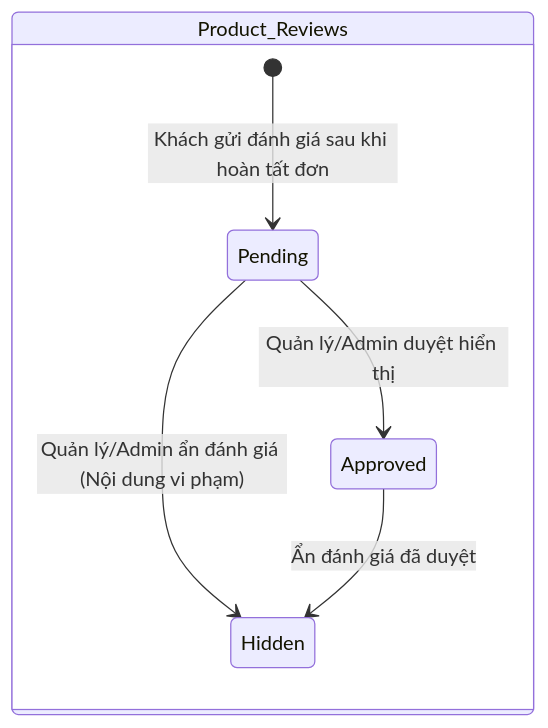
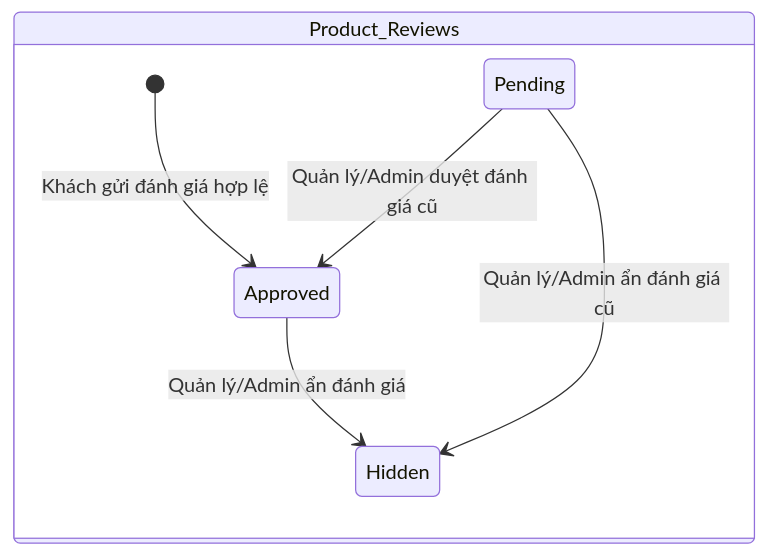
Before and after one commit to isnika/smart-cafe-ai: the first of 2 diagrams in docs/services/08-engagement-service.md, drawn with Mermaid. The commit also changed other lines of this file and 34 other files, not shown here.

````diff
--- a/docs/services/08-engagement-service.md
+++ b/docs/services/08-engagement-service.md
@@ -125,9 +125,9 @@
 ```mermaid
 stateDiagram-v2
     state Product_Reviews {
-        [*] --> Pending: Khách gửi đánh giá sau khi hoàn tất đơn
-        Pending --> Approved: Quản lý/Admin duyệt hiển thị
-        Pending --> Hidden: Quản lý/Admin ẩn đánh giá (Nội dung vi phạm)
-        Approved --> Hidden: Ẩn đánh giá đã duyệt
+        [*] --> Approved: Khách gửi đánh giá hợp lệ
+        Pending --> Approved: Quản lý/Admin duyệt đánh giá cũ
+        Pending --> Hidden: Quản lý/Admin ẩn đánh giá cũ
+        Approved --> Hidden: Quản lý/Admin ẩn đánh giá
     }
 ```
````
